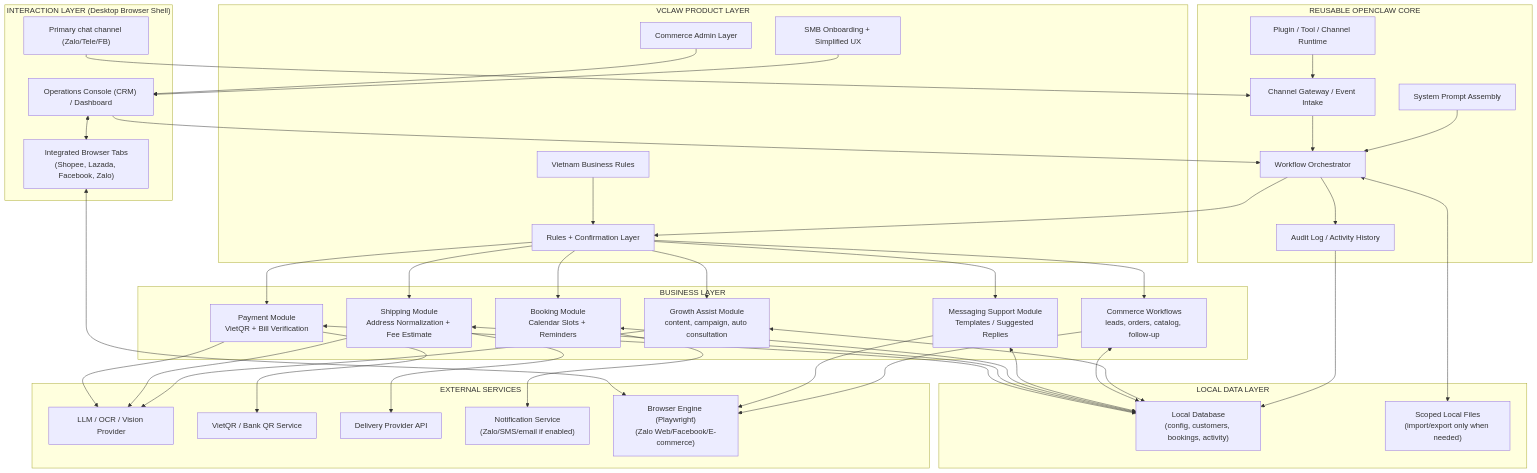
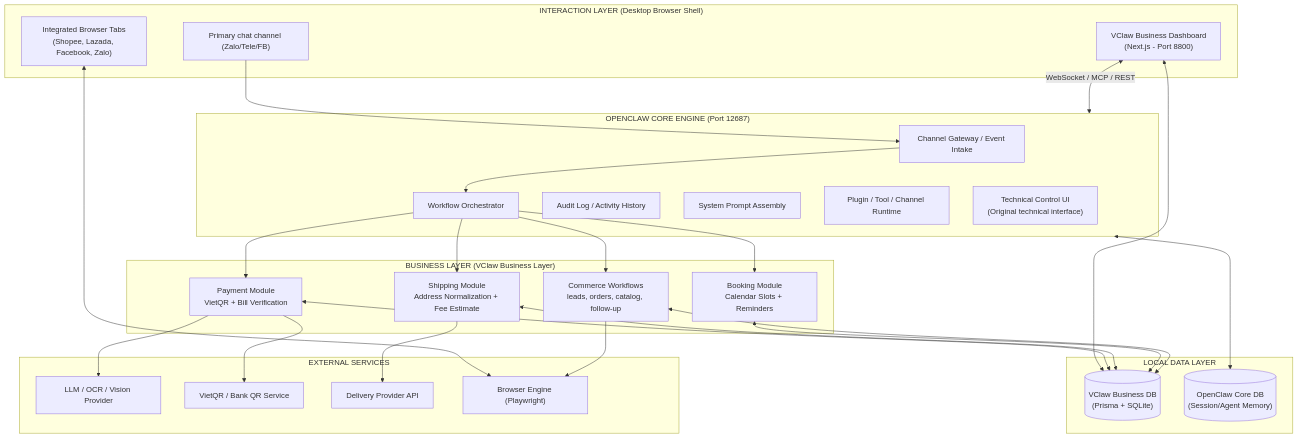
The first of 2 diagrams in vclaw-ui/docs/01-System-Architecture.en.md (solana8800/vclaw-ui), drawn with Mermaid before and after one commit. The commit also changed other lines of this file and 20 other files, not shown here.

Commit message:
refactor: update architecture documentation to define VClaw Business Dashboard and OpenClaw Core separation

````diff
--- a/vclaw-ui/docs/01-System-Architecture.en.md
+++ b/vclaw-ui/docs/01-System-Architecture.en.md
@@ -61,80 +61,58 @@
 ```mermaid
 graph TD
     subgraph Client["INTERACTION LAYER (Desktop Browser Shell)"]
-        AdminUI["Operations Console (CRM) / Dashboard"]
+        VClawUI["VClaw Business Dashboard\n(Next.js - Port 8800)"]
         BrowserTabs["Integrated Browser Tabs\n(Shopee, Lazada, Facebook, Zalo)"]
         Chat["Primary chat channel (Zalo/Tele/FB)"]
     end
 
-    subgraph OpenClawCore["REUSABLE OPENCLAW CORE"]
+    subgraph OpenClawEngine["OPENCLAW CORE ENGINE (Port 12687)"]
         Gateway["Channel Gateway / Event Intake"]
         Orchestrator["Workflow Orchestrator"]
         Audit["Audit Log / Activity History"]
         Prompt["System Prompt Assembly"]
         PluginRuntime["Plugin / Tool / Channel Runtime"]
+        ControlUI["Technical Control UI\n(Original technical interface)"]
     end
 
-    subgraph VClawProduct["VCLAW PRODUCT LAYER"]
-        Policy["Rules + Confirmation Layer"]
-        SMBUX["SMB Onboarding + Simplified UX"]
-        BizRules["Vietnam Business Rules"]
-        CommerceAdmin["Commerce Admin Layer"]
-    end
-
-    subgraph Domain["BUSINESS LAYER"]
+    subgraph Domain["BUSINESS LAYER (VClaw Business Layer)"]
         Payments["Payment Module\nVietQR + Bill Verification"]
         Shipping["Shipping Module\nAddress Normalization + Fee Estimate"]
         Booking["Booking Module\nCalendar Slots + Reminders"]
-        Messaging["Messaging Support Module\nTemplates / Suggested Replies"]
         Commerce["Commerce Workflows\nleads, orders, catalog, follow-up"]
-        GrowthAssist["Growth Assist Module\ncontent, campaign, auto consultation"]
     end
 
     subgraph Data["LOCAL DATA LAYER"]
-        LocalDB["Local Database\n(config, customers, bookings, activity)"]
-        LocalFiles["Scoped Local Files\n(import/export only when needed)"]
+        BizDB[("VClaw Business DB\n(Prisma + SQLite)")]
+        CoreDB[("OpenClaw Core DB\n(Session/Agent Memory)")]
     end
 
     subgraph Integrations["EXTERNAL SERVICES"]
         AI["LLM / OCR / Vision Provider"]
         QR["VietQR / Bank QR Service"]
         Delivery["Delivery Provider API"]
-        Notify["Notification Service\n(Zalo/SMS/email if enabled)"]
-        Browser["Browser Engine (Playwright)\n(Zalo Web/Facebook/E-commerce)"]
+        Browser["Browser Engine (Playwright)"]
     end
 
+    VClawUI <-->|"WebSocket / MCP / REST"| OpenClawEngine
+    VClawUI <--> BizDB
+    OpenClawEngine <--> CoreDB
+    
     Chat --> Gateway
-    AdminUI --> Orchestrator
     BrowserTabs <--> Browser
-    AdminUI <--> BrowserTabs
     Gateway --> Orchestrator
-    PluginRuntime --> Gateway
-    Prompt --> Orchestrator
-    CommerceAdmin --> AdminUI
-    Orchestrator --> Policy
-    SMBUX --> AdminUI
-    BizRules --> Policy
-    Policy --> Payments
-    Policy --> Shipping
-    Policy --> Booking
-    Policy --> Messaging
-    Policy --> Commerce
-    Policy --> GrowthAssist
-    Payments <--> LocalDB
-    Shipping <--> LocalDB
-    Booking <--> LocalDB
-    Messaging <--> LocalDB
-    Commerce <--> LocalDB
-    GrowthAssist <--> LocalDB
-    Orchestrator --> Audit
-    Audit --> LocalDB
+    Orchestrator --> Payments
+    Orchestrator --> Shipping
+    Orchestrator --> Booking
+    Orchestrator --> Commerce
+    
+    Payments <--> BizDB
+    Shipping <--> BizDB
+    Booking <--> BizDB
+    Commerce <--> BizDB
+    
     Payments --> QR
     Payments --> AI
-    Shipping --> AI
     Shipping --> Delivery
-    Booking --> Notify
-    GrowthAssist --> AI
-    Orchestrator <--> LocalFiles
-    Messaging --> Browser
     Commerce --> Browser
 ```
````
